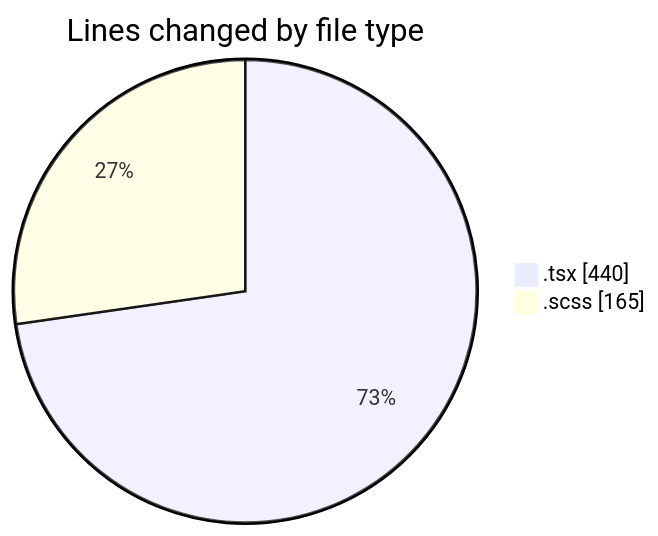
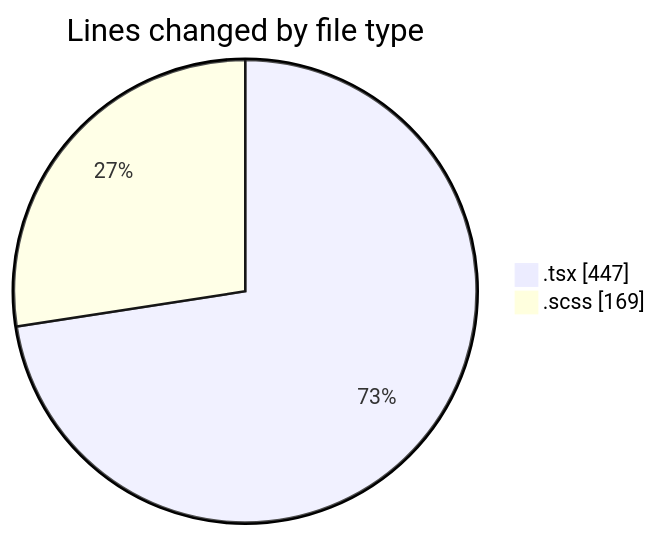
Before and after one commit to momahboobian/code-tracking: the first of 2 diagrams in 2026-04-16/cda/README.md, drawn with Mermaid. The commit also changed other lines of this file and 1 other file, not shown here.

````diff
--- a/2026-04-16/cda/README.md
+++ b/2026-04-16/cda/README.md
@@ -23,6 +23,6 @@
 ```mermaid
 pie showData
 title Lines changed by file type
-".tsx" : 440
-".scss" : 165
+".tsx" : 447
+".scss" : 169
 ```
````
